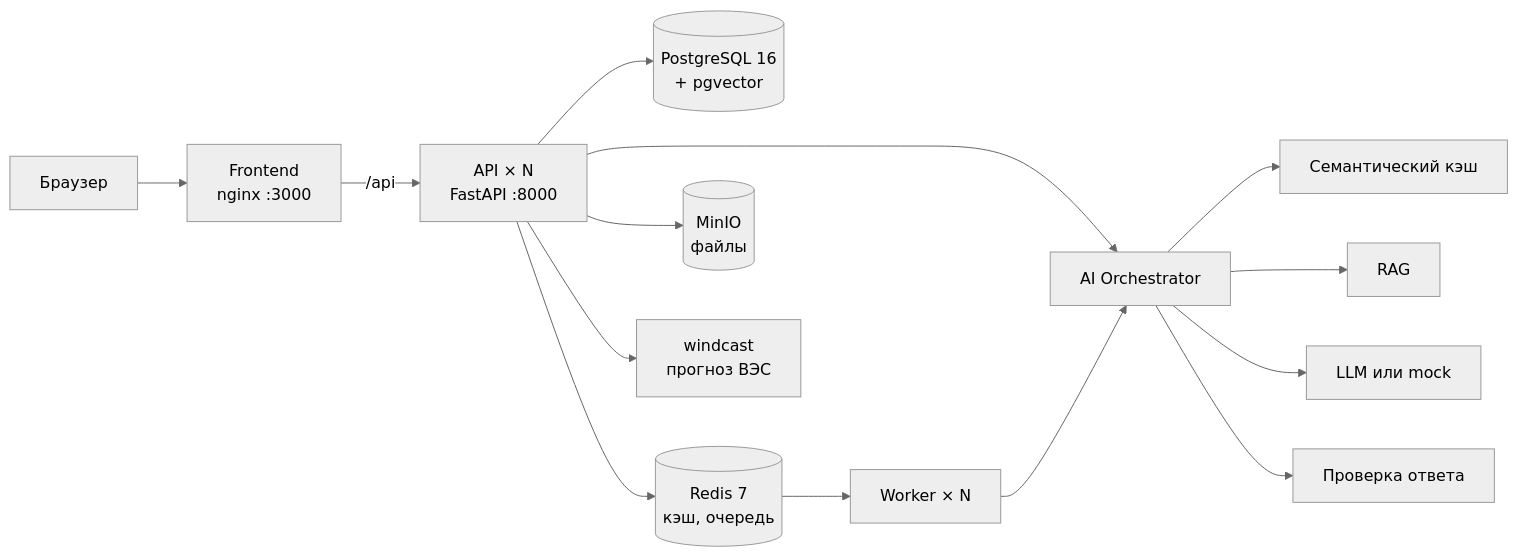
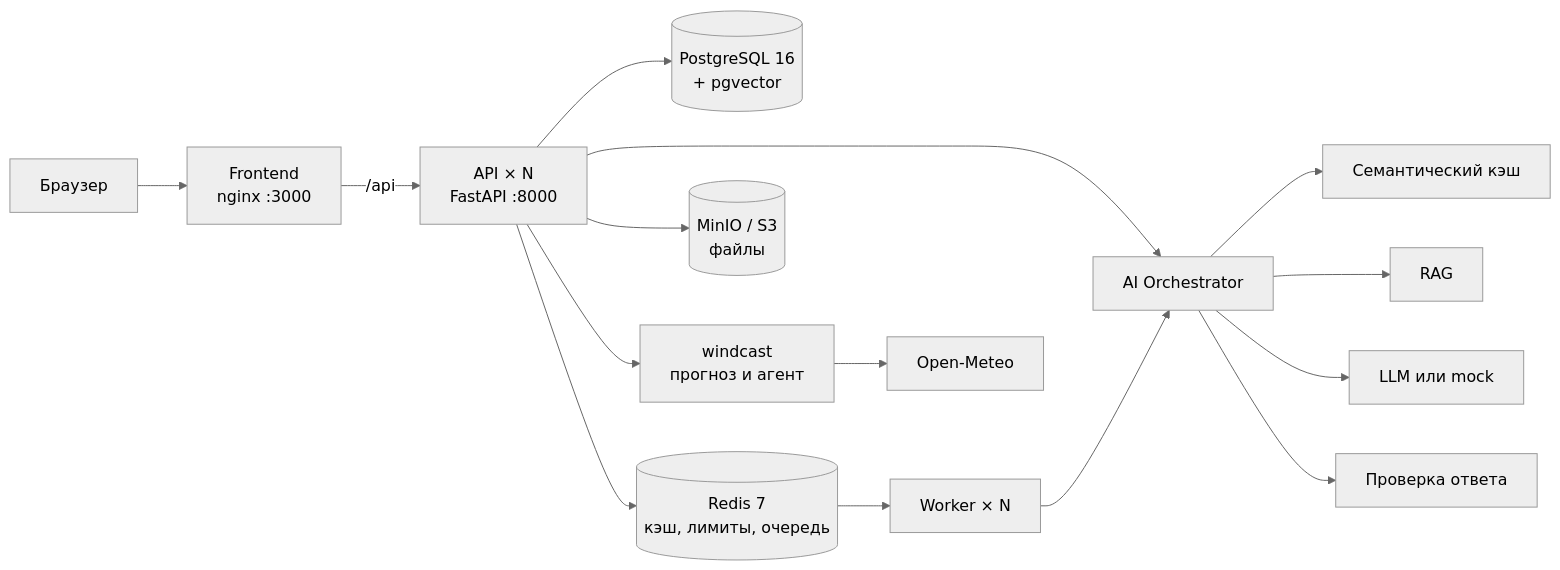
Before and after one commit to BAITC-Hacks/hack-9013145c-opentowork: the second of 2 diagrams in README.md, drawn with Mermaid (neutral theme). The commit also changed other lines of this file and 1 other file, not shown here.

````diff
--- a/README.md
+++ b/README.md
@@ -468,16 +421,17 @@
 ```mermaid
 graph LR
     U[Браузер] --> FE["Frontend<br/>nginx :3000"]
     FE -->|/api| API["API × N<br/>FastAPI :8000"]
     API --> PG[("PostgreSQL 16<br/>+ pgvector")]
-    API --> R[("Redis 7<br/>кэш, очередь")]
-    API --> S3[("MinIO<br/>файлы")]
+    API --> R[("Redis 7<br/>кэш, лимиты, очередь")]
+    API --> S3[("MinIO / S3<br/>файлы")]
     R --> W["Worker × N"]
-    API --> WC["windcast<br/>прогноз ВЭС"]
+    API --> WC["windcast<br/>прогноз и агент"]
+    WC --> OM["Open-Meteo"]
     API --> ORCH[AI Orchestrator]
     W --> ORCH
     ORCH --> SC[Семантический кэш]
     ORCH --> RAG[RAG]
     ORCH --> LLM[LLM или mock]
     ORCH --> VAL[Проверка ответа]
 ```
````
